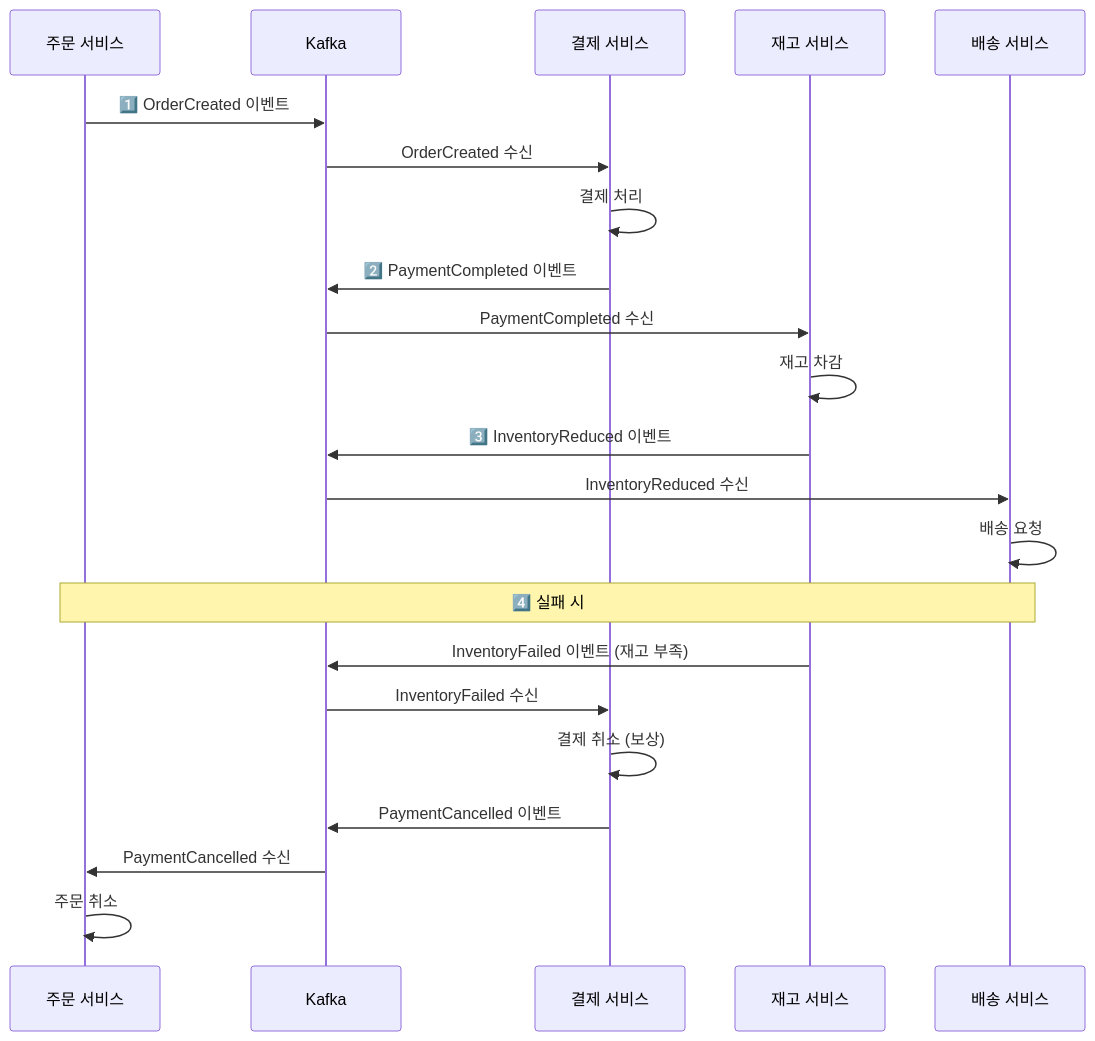
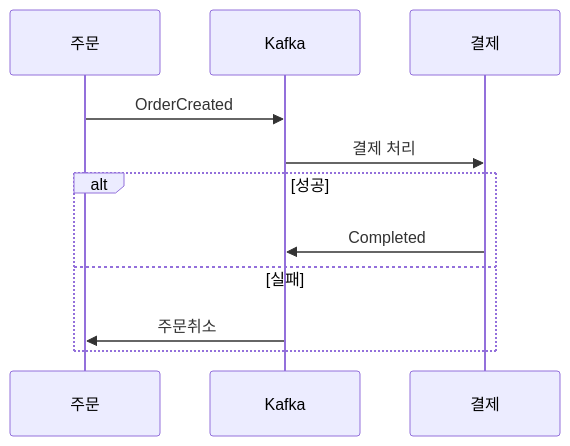
The sixth of 14 diagrams in _posts/architecture/2026-05-02-distributed-transaction-deep.md (yjkim2015/yjkim2015.github.io), drawn with Mermaid before and after one commit. The commit also changed other lines of this file and 215 other files, not shown here.

First line of the commit message:
신규 포스트 10개 추가 + Mermaid 전면 축소 + SystemDesign 시리즈 보강

````diff
--- a/_posts/architecture/2026-05-02-distributed-transaction-deep.md
+++ b/_posts/architecture/2026-05-02-distributed-transaction-deep.md
@@ -152,28 +120,13 @@
 ```mermaid
 sequenceDiagram
-    participant OS as 주문 서비스
-    participant Kafka as Kafka
-    participant PS as 결제 서비스
-    participant IS as 재고 서비스
-    participant DS as 배송 서비스
-
-    OS->>Kafka: 1️⃣ OrderCreated 이벤트
-    Kafka->>PS: OrderCreated 수신
-    PS->>PS: 결제 처리
-    PS->>Kafka: 2️⃣ PaymentCompleted 이벤트
-
-    Kafka->>IS: PaymentCompleted 수신
-    IS->>IS: 재고 차감
-    IS->>Kafka: 3️⃣ InventoryReduced 이벤트
-
-    Kafka->>DS: InventoryReduced 수신
-    DS->>DS: 배송 요청
-
-    Note over OS,DS: 4️⃣ 실패 시
-    IS->>Kafka: InventoryFailed 이벤트 (재고 부족)
-    Kafka->>PS: InventoryFailed 수신
-    PS->>PS: 결제 취소 (보상)
-    PS->>Kafka: PaymentCancelled 이벤트
-    Kafka->>OS: PaymentCancelled 수신
-    OS->>OS: 주문 취소
+    participant OS as 주문
+    participant K as Kafka
+    participant PS as 결제
+    OS->>K: OrderCreated
+    K->>PS: 결제 처리
+    alt 성공
+        PS->>K: Completed
+    else 실패
+        K->>OS: 주문취소
+    end
 ```
````
